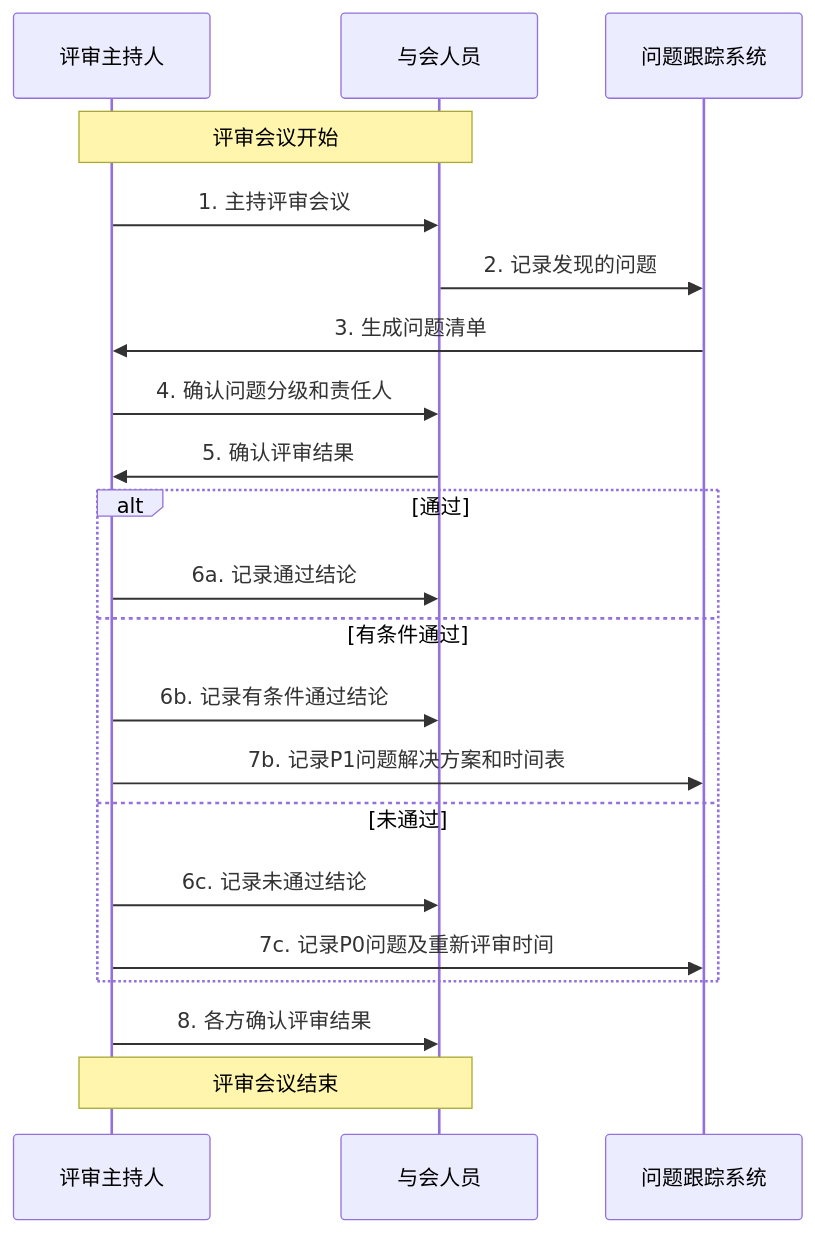
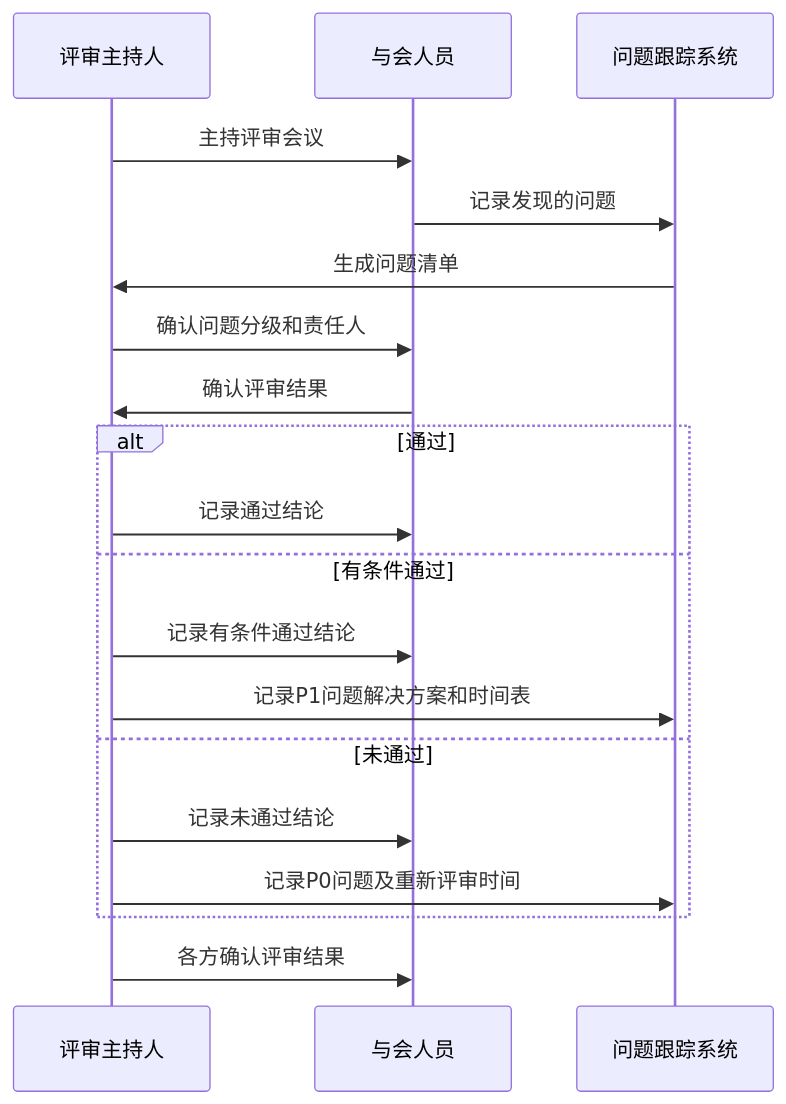
Diagram 11 of 11 in 开发流程图.md (Taskon-xyz/PR), drawn with Mermaid before and after one commit. The commit also changed other lines of this file and 2 other files, not shown here.

````diff
--- a/开发流程图.md
+++ b/开发流程图.md
@@ -301,28 +195,24 @@
 ```mermaid
 sequenceDiagram
-    participant Host as 评审主持人
-    participant Member as 与会人员
-    participant System as 问题跟踪系统
+    participant A as 评审主持人
+    participant B as 与会人员
+    participant C as 问题跟踪系统
     
-    Note over Host,Member: 评审会议开始
-    
-    Host->>Member: 1. 主持评审会议
-    Member->>System: 2. 记录发现的问题
-    System->>Host: 3. 生成问题清单
-    Host->>Member: 4. 确认问题分级和责任人
-    Member->>Host: 5. 确认评审结果
+    A->>B: 主持评审会议
+    B->>C: 记录发现的问题
+    C->>A: 生成问题清单
+    A->>B: 确认问题分级和责任人
+    B->>A: 确认评审结果
     
     alt 通过
-        Host->>Member: 6a. 记录通过结论
+        A->>B: 记录通过结论
     else 有条件通过
-        Host->>Member: 6b. 记录有条件通过结论
-        Host->>System: 7b. 记录P1问题解决方案和时间表
+        A->>B: 记录有条件通过结论
+        A->>C: 记录P1问题解决方案和时间表
     else 未通过
-        Host->>Member: 6c. 记录未通过结论
-        Host->>System: 7c. 记录P0问题及重新评审时间
+        A->>B: 记录未通过结论
+        A->>C: 记录P0问题及重新评审时间
     end
     
-    Host->>Member: 8. 各方确认评审结果
-    
-    Note over Host,Member: 评审会议结束
+    A->>B: 各方确认评审结果
 ```
````
